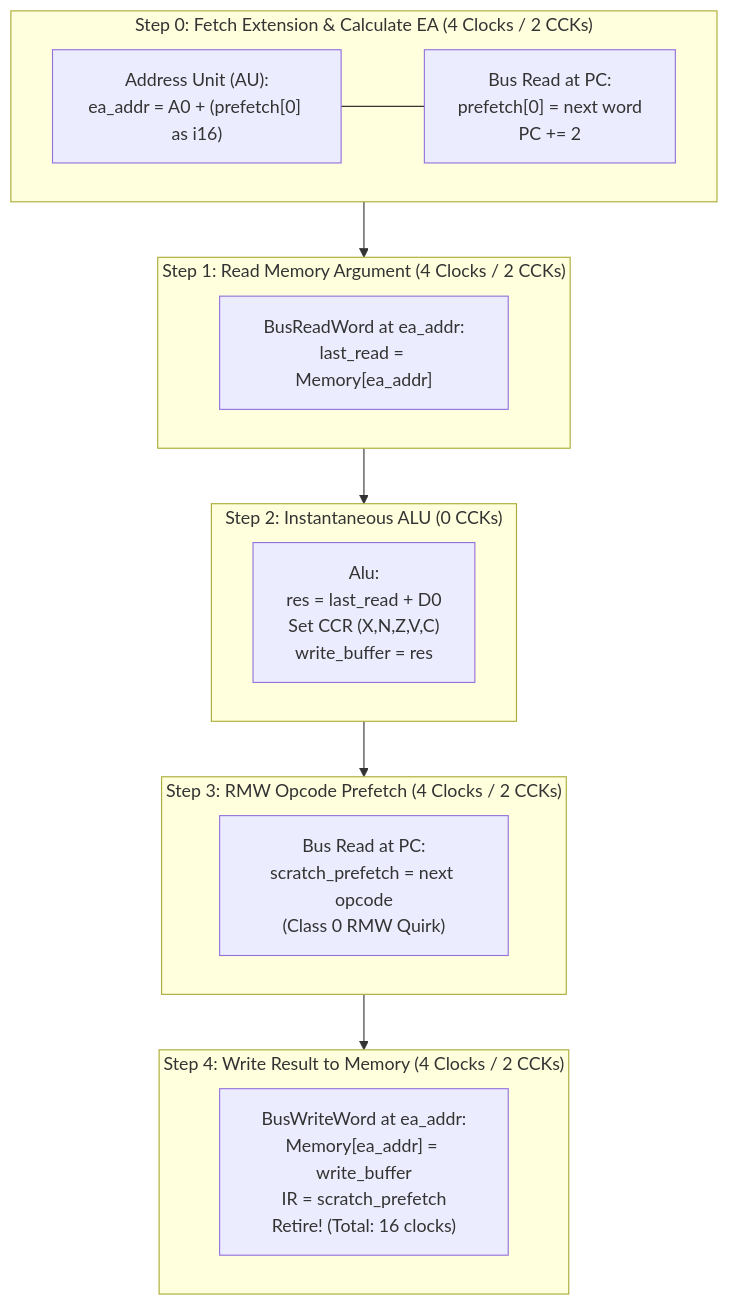
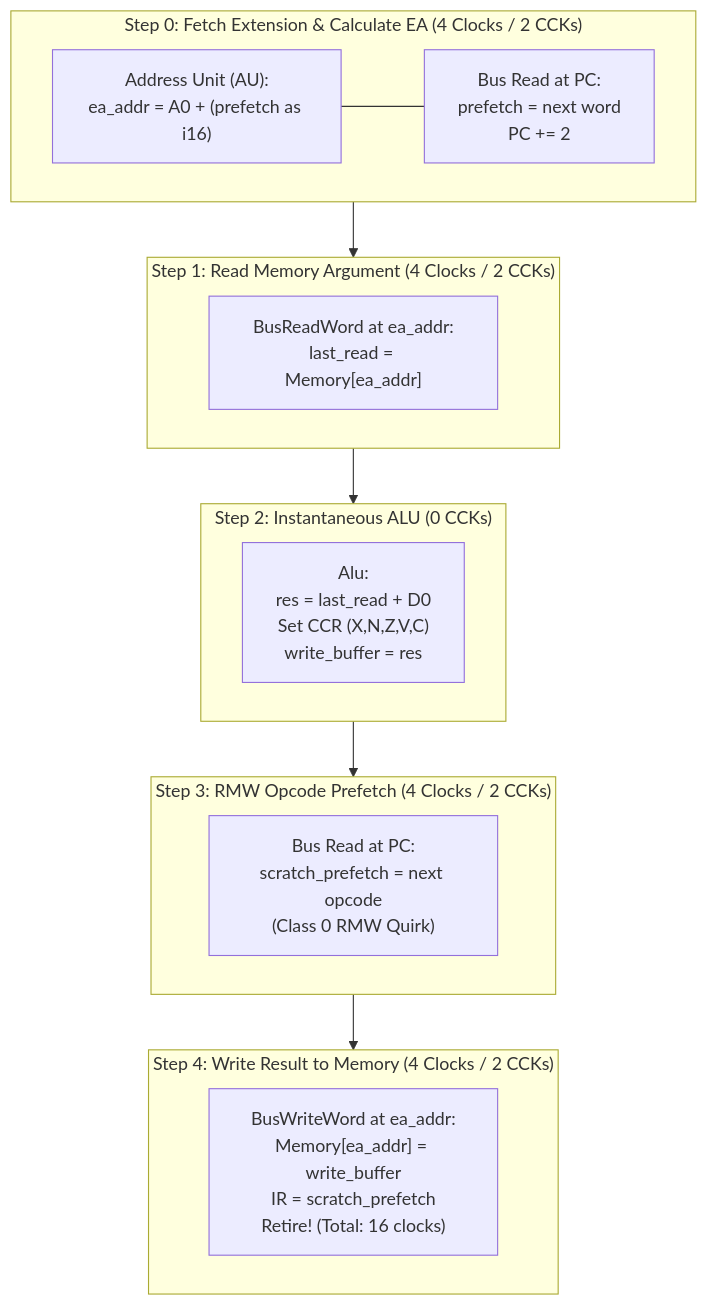
One commit to tomek-anuszkiewicz/amiga-studio changed the second of 4 diagrams in Obsidian/Amiga/Design/CPU Micro-Step State Machine.md. Above: the diagram before and after it, drawn with Mermaid. The commit also changed other lines of this file and 50 other files, not shown here.

````diff
--- a/Obsidian/Amiga/Design/CPU Micro-Step State Machine.md
+++ b/Obsidian/Amiga/Design/CPU Micro-Step State Machine.md
@@ -380,26 +380,26 @@
 ```mermaid
 flowchart TD
     subgraph S0["Step 0: Fetch Extension & Calculate EA (4 Clocks / 2 CCKs)"]
-        EA["Address Unit (AU):<br/>ea_addr = A0 + (prefetch[0] as i16)"]
-        FetchExt["Bus Read at PC:<br/>prefetch[0] = next word<br/>PC += 2"]
+        EA["Address Unit (AU):<br/>ea_addr = A0 + (prefetch as i16)"]
+        FetchExt["Bus Read at PC:<br/>prefetch = next word<br/>PC += 2"]
         EA --- FetchExt
     end
 
     subgraph S1["Step 1: Read Memory Argument (4 Clocks / 2 CCKs)"]
         ReadOp["BusReadWord at ea_addr:<br/>last_read = Memory[ea_addr]"]
     end
 
     subgraph S2["Step 2: Instantaneous ALU (0 CCKs)"]
         Exec["Alu:<br/>res = last_read + D0<br/>Set CCR (X,N,Z,V,C)<br/>write_buffer = res"]
     end
 
     subgraph S3["Step 3: RMW Opcode Prefetch (4 Clocks / 2 CCKs)"]
         PrefetchOp["Bus Read at PC:<br/>scratch_prefetch = next opcode<br/>(Class 0 RMW Quirk)"]
     end
 
     subgraph S4["Step 4: Write Result to Memory (4 Clocks / 2 CCKs)"]
         WriteRes["BusWriteWord at ea_addr:<br/>Memory[ea_addr] = write_buffer<br/>IR = scratch_prefetch<br/>Retire! (Total: 16 clocks)"]
     end
 
     S0 --> S1 --> S2 --> S3 --> S4
 ```
````
